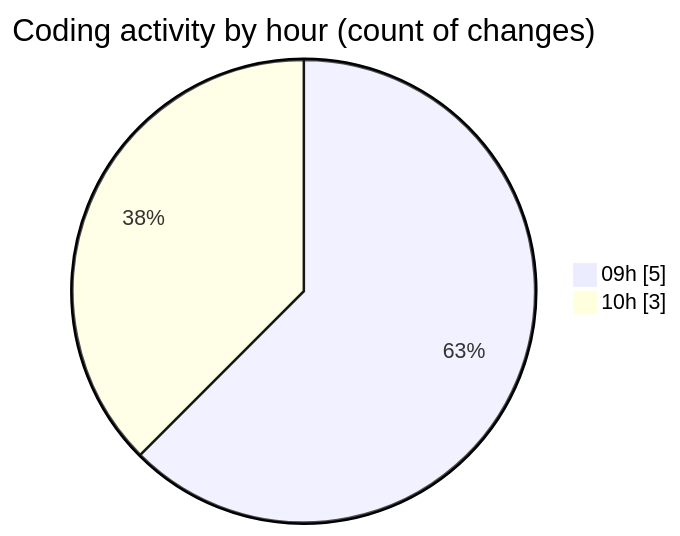
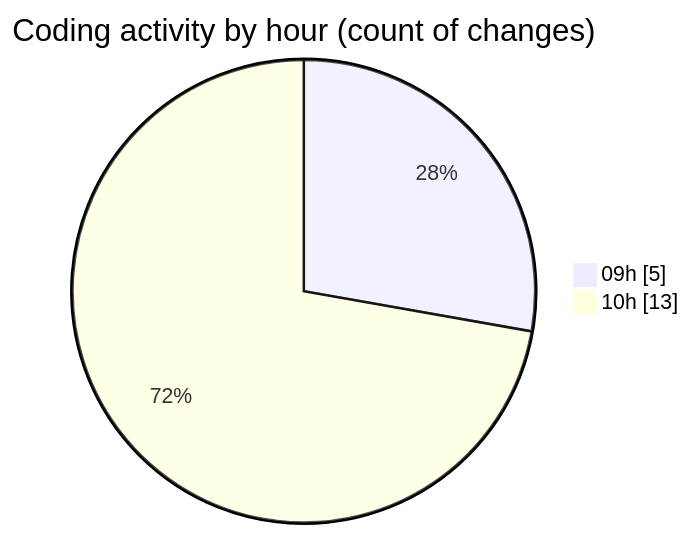
Before and after one commit to momahboobian/code-tracking: the second of 2 diagrams in 2026-04-27/cda/README.md, drawn with Mermaid. The commit also changed other lines of this file and 1 other file, not shown here.

````diff
--- a/2026-04-27/cda/README.md
+++ b/2026-04-27/cda/README.md
@@ -29,6 +34,6 @@
 ```mermaid
 pie showData
 title Coding activity by hour (count of changes)
 "09h" : 5
-"10h" : 3
+"10h" : 13
 ```
````
